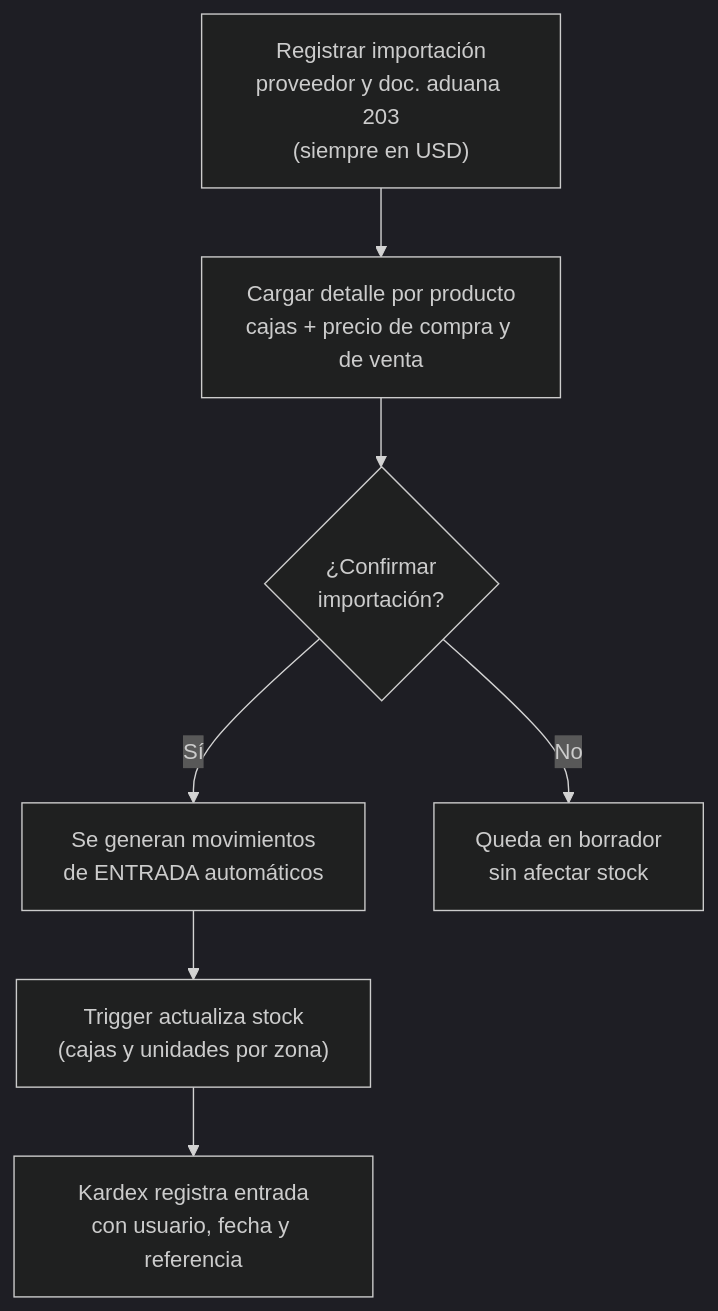
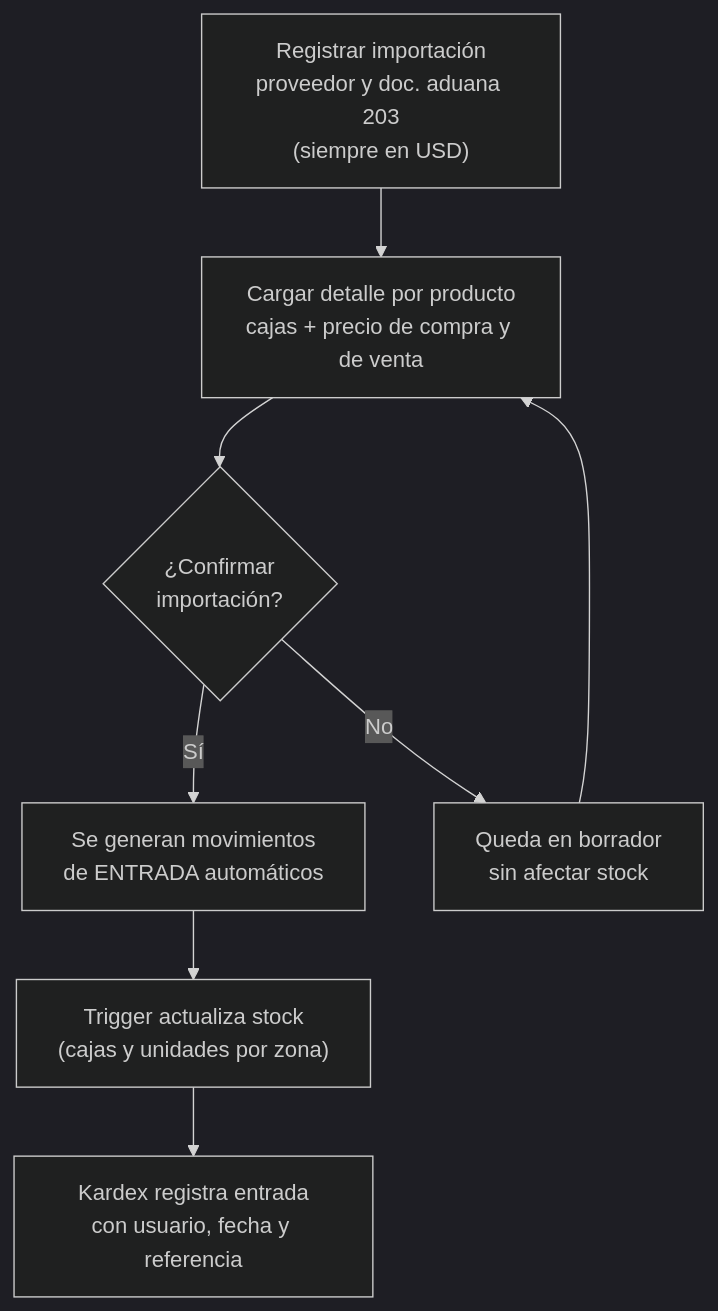
Before and after one commit to dynamiccoding01/hongteng-prueba: the second of 7 diagrams in FLUJO.md, drawn with Mermaid (dark theme). The commit also changed other lines of this file and 6 other files, not shown here.

````diff
--- a/FLUJO.md
+++ b/FLUJO.md
@@ -17,9 +17,10 @@
 ```mermaid
 flowchart TD
     A["Registrar importación<br/>proveedor y doc. aduana 203<br/>(siempre en USD)"] --> B["Cargar detalle por producto<br/>cajas + precio de compra y de venta"]
     B --> C{"¿Confirmar<br/>importación?"}
     C -->|Sí| D["Se generan movimientos<br/>de ENTRADA automáticos"]
     D --> E["Trigger actualiza stock<br/>(cajas y unidades por zona)"]
     E --> F["Kardex registra entrada<br/>con usuario, fecha y referencia"]
     C -->|No| G["Queda en borrador<br/>sin afectar stock"]
+    G --> B
 ```
````
